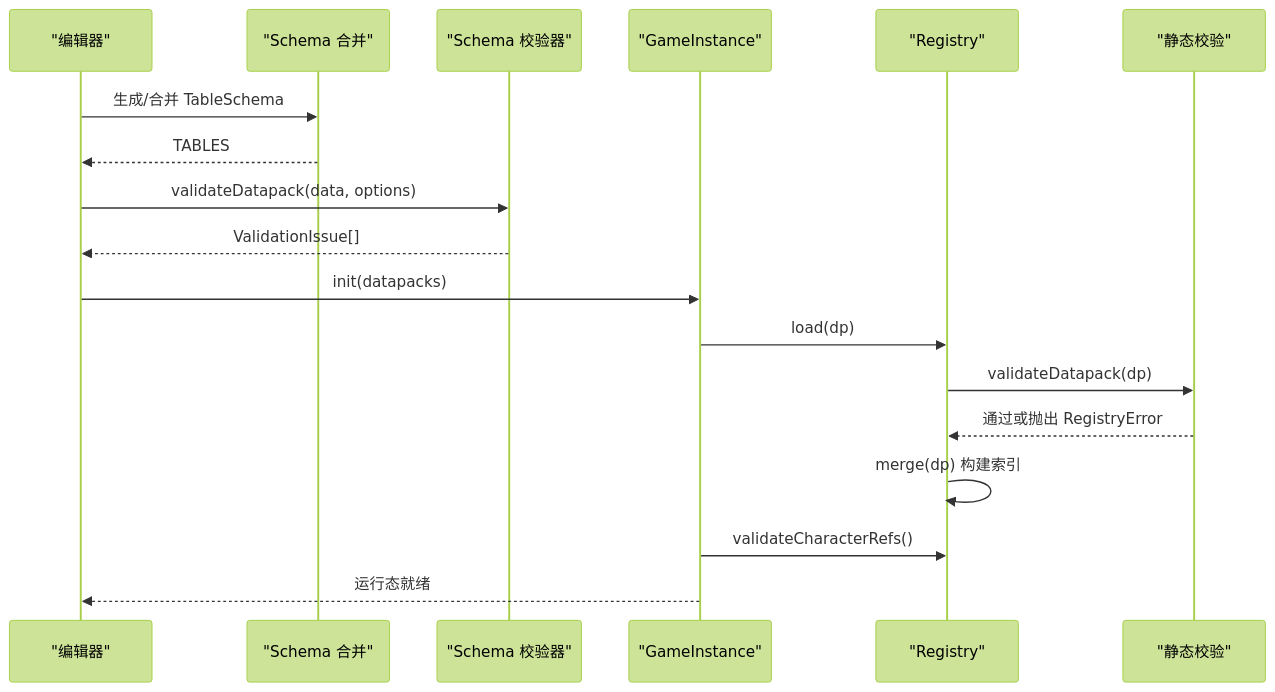
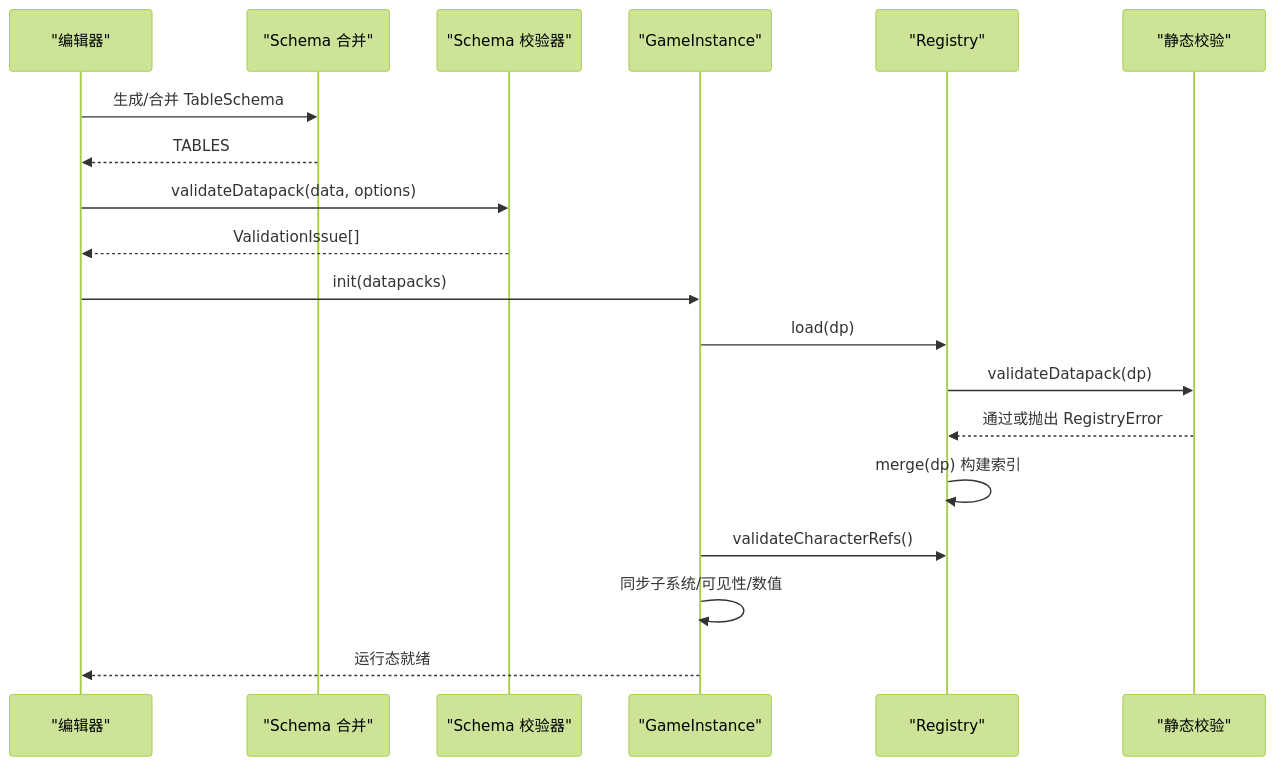
The second of 6 diagrams in .qoder/repowiki/zh/content/数据系统/数据系统.md (EsiLA9/Arona-Clicker), drawn with Mermaid (forest theme) before and after one commit. The commit also changed other lines of this file and 45 other files, not shown here.

````diff
--- a/.qoder/repowiki/zh/content/数据系统/数据系统.md
+++ b/.qoder/repowiki/zh/content/数据系统/数据系统.md
@@ -91,20 +116,21 @@
 ```mermaid
 sequenceDiagram
 participant Editor as "编辑器"
 participant Schema as "Schema 合并"
 participant Validator as "Schema 校验器"
 participant Runtime as "GameInstance"
 participant Reg as "Registry"
 participant Vld as "静态校验"
 Editor->>Schema : 生成/合并 TableSchema
 Schema-->>Editor : TABLES
 Editor->>Validator : validateDatapack(data, options)
 Validator-->>Editor : ValidationIssue[]
 Editor->>Runtime : init(datapacks)
 Runtime->>Reg : load(dp)
 Reg->>Vld : validateDatapack(dp)
 Vld-->>Reg : 通过或抛出 RegistryError
 Reg->>Reg : merge(dp) 构建索引
 Runtime->>Reg : validateCharacterRefs()
+Runtime->>Runtime : 同步子系统/可见性/数值
 Runtime-->>Editor : 运行态就绪
 ```
````
